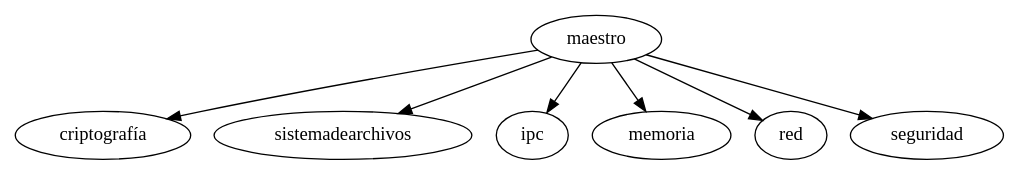
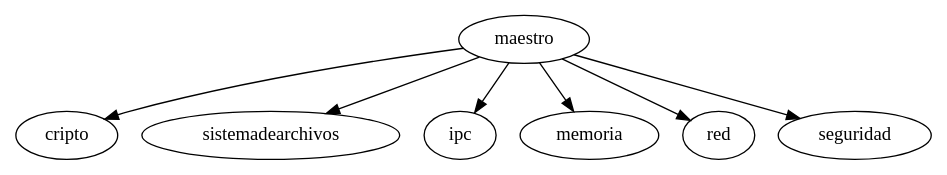
Before and after one commit to paugier/mercurial-book: the diagram in es/feature-branches.dot, drawn with Graphviz. The commit also changed 7 other files, not shown here.

```diff
--- a/es/feature-branches.dot
+++ b/es/feature-branches.dot
@@ -1,8 +1,8 @@
 digraph feature_branches {
-	maestro -> criptografía;
+	maestro -> cripto;
 	maestro -> sistemadearchivos;
 	maestro -> ipc;
 	maestro -> memoria;
 	maestro -> red;
 	maestro -> seguridad;
 }
```
